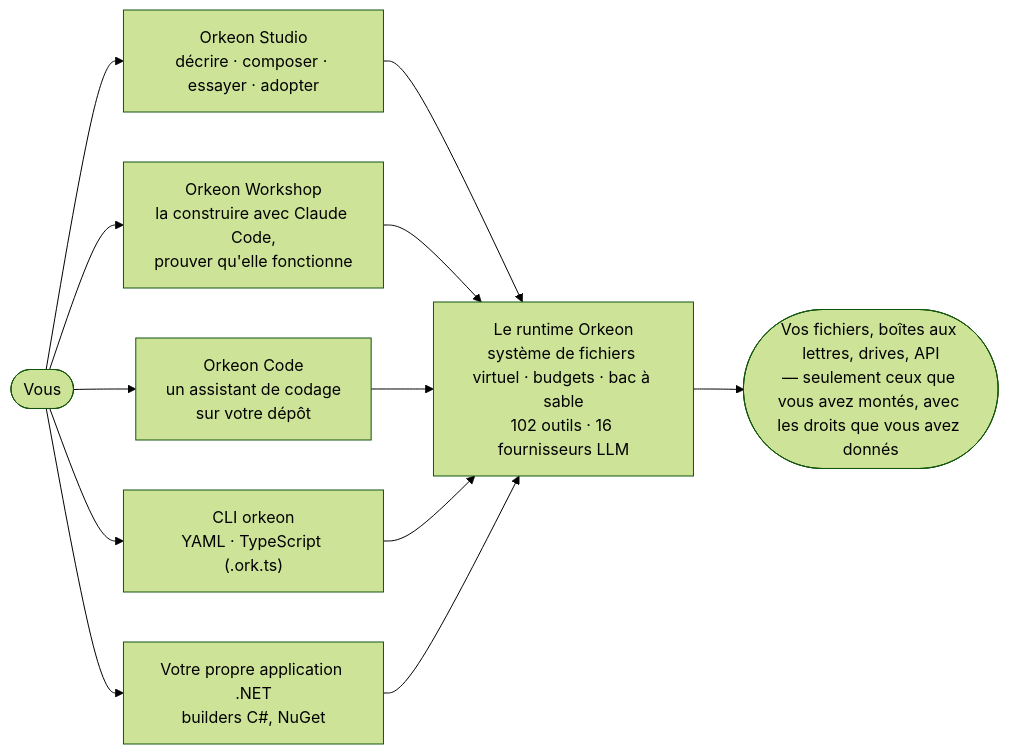
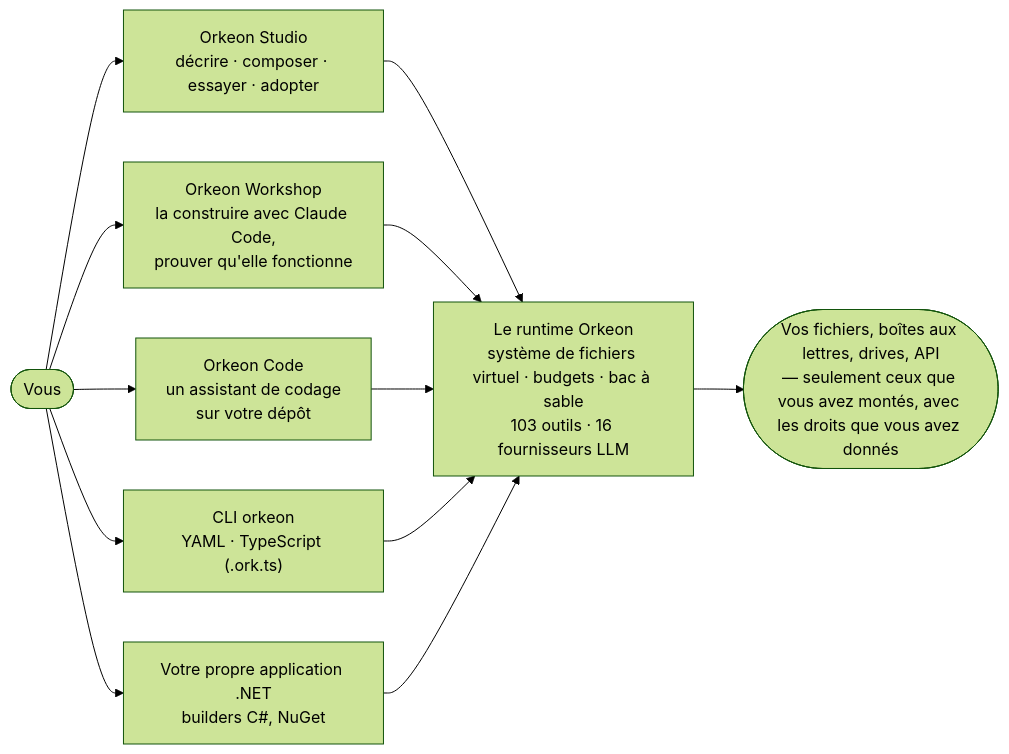
The diagram in README.fr.md (Orkeon/orkeon), drawn with Mermaid (forest theme) before and after one commit. The commit also changed other lines of this file and 38 other files, not shown here.

First line of the commit message:
feat(analysis): access_cost graph query, port calls with in_loop/in_lambda flags, in-memory filters, parity with access-cost.py, and the dev-repo fixture (RT-35, #169)

````diff
--- a/README.fr.md
+++ b/README.fr.md
@@ -30,10 +30,10 @@
 ```mermaid
 flowchart LR
     you(["Vous"]) --> studio["Orkeon Studio<br/>décrire · composer · essayer · adopter"]
     you --> workshop["Orkeon Workshop<br/>la construire avec Claude Code,<br/>prouver qu'elle fonctionne"]
     you --> code["Orkeon Code<br/>un assistant de codage<br/>sur votre dépôt"]
     you --> cli["CLI orkeon<br/>YAML · TypeScript (.ork.ts)"]
     you --> app["Votre propre application .NET<br/>builders C#, NuGet"]
-    studio & workshop & code & cli & app --> runtime["Le runtime Orkeon<br/>système de fichiers virtuel · budgets · bac à sable<br/>102 outils · 16 fournisseurs LLM"]
+    studio & workshop & code & cli & app --> runtime["Le runtime Orkeon<br/>système de fichiers virtuel · budgets · bac à sable<br/>103 outils · 16 fournisseurs LLM"]
     runtime --> world(["Vos fichiers, boîtes aux lettres, drives, API<br/>— seulement ceux que vous avez montés, avec les droits que vous avez donnés"])
 ```
````
